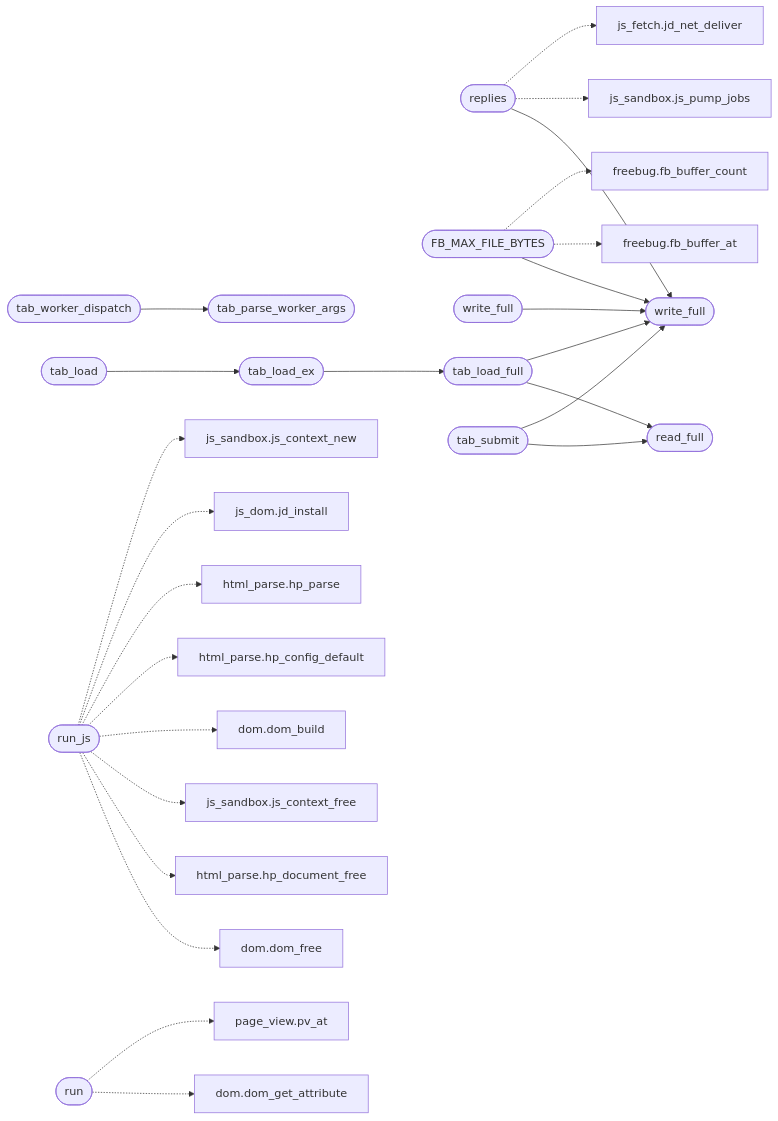
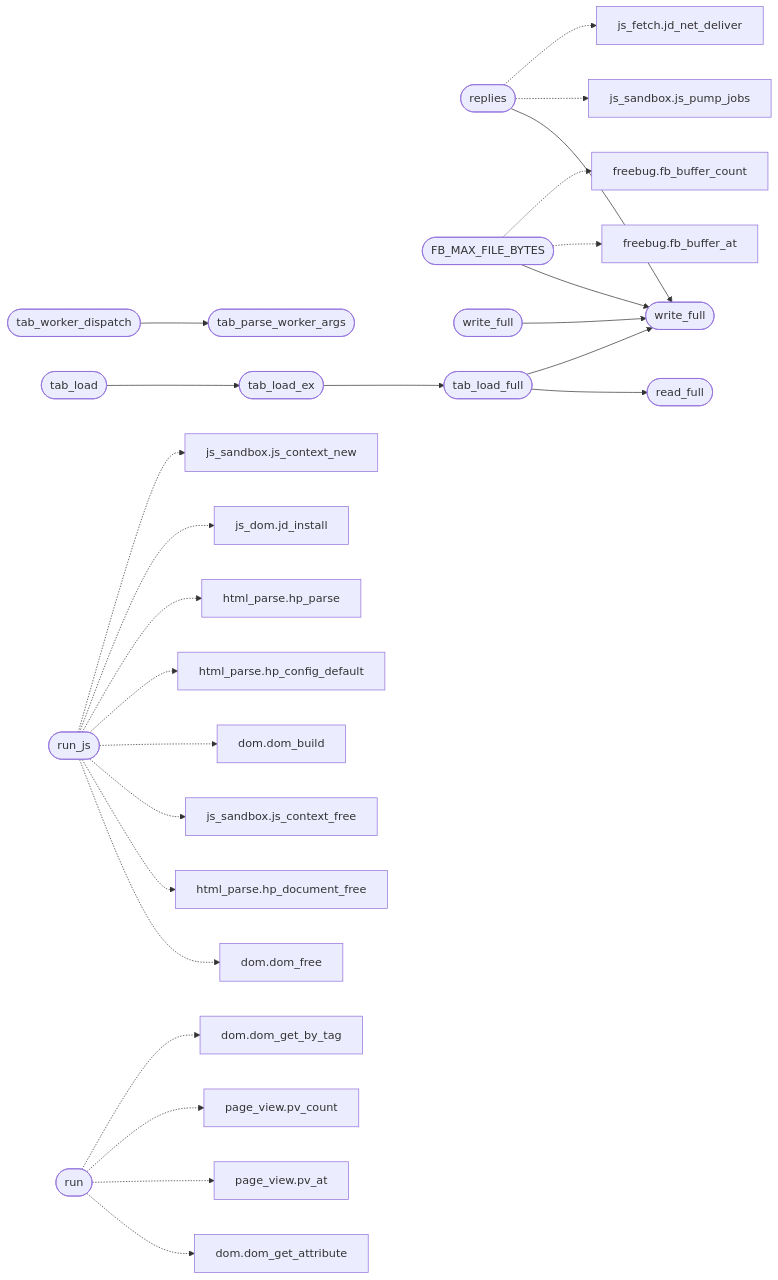
The second of 2 diagrams in readmenator-apidocs/modules/src.tab.c.md (grisuno/FreeDom), drawn with Mermaid before and after one commit. The commit also changed other lines of this file and 301 other files, not shown here.

````diff
--- a/readmenator-apidocs/modules/src.tab.c.md
+++ b/readmenator-apidocs/modules/src.tab.c.md
@@ -38,54 +38,55 @@
 ```mermaid
 flowchart LR
     n_src_tab_c__replies(["replies"])
     n_src_tab_c__write_full(["write_full"])
     n_src_tab_c__FB_MAX_FILE_BYTES(["FB_MAX_FILE_BYTES"])
-    n_src_tab_c__write_full_1839(["write_full"])
+    n_src_tab_c__write_full_1846(["write_full"])
     n_src_tab_c__tab_worker_dispatch(["tab_worker_dispatch"])
     n_src_tab_c__tab_parse_worker_args(["tab_parse_worker_args"])
     n_src_tab_c__tab_load(["tab_load"])
     n_src_tab_c__tab_load_ex(["tab_load_ex"])
     n_src_tab_c__tab_load_full(["tab_load_full"])
     n_src_tab_c__read_full(["read_full"])
-    n_src_tab_c__tab_submit(["tab_submit"])
     n_include_js_sandbox_h__js_pump_jobs["js_sandbox.js_pump_jobs"]
     n_src_js_fetch_c__jd_net_deliver["js_fetch.jd_net_deliver"]
     n_src_tab_c__run_js(["run_js"])
     n_include_dom_h__dom_free["dom.dom_free"]
     n_include_html_parse_h__hp_document_free["html_parse.hp_document_free"]
     n_include_js_sandbox_h__js_context_free["js_sandbox.js_context_free"]
     n_src_dom_c__dom_build["dom.dom_build"]
     n_src_html_parse_c__hp_config_default["html_parse.hp_config_default"]
     n_src_html_parse_c__hp_parse["html_parse.hp_parse"]
     n_src_js_dom_c__jd_install["js_dom.jd_install"]
     n_src_js_sandbox_c__js_context_new["js_sandbox.js_context_new"]
     n_include_freebug_h__fb_buffer_at["freebug.fb_buffer_at"]
     n_include_freebug_h__fb_buffer_count["freebug.fb_buffer_count"]
     n_src_tab_c__run(["run"])
     n_include_dom_h__dom_get_attribute["dom.dom_get_attribute"]
     n_include_page_view_h__pv_at["page_view.pv_at"]
+    n_include_page_view_h__pv_count["page_view.pv_count"]
+    n_src_dom_c__dom_get_by_tag["dom.dom_get_by_tag"]
     n_src_tab_c__replies --> n_src_tab_c__write_full
     n_src_tab_c__FB_MAX_FILE_BYTES --> n_src_tab_c__write_full
-    n_src_tab_c__write_full_1839 --> n_src_tab_c__write_full
+    n_src_tab_c__write_full_1846 --> n_src_tab_c__write_full
     n_src_tab_c__tab_worker_dispatch --> n_src_tab_c__tab_parse_worker_args
     n_src_tab_c__tab_load --> n_src_tab_c__tab_load_ex
     n_src_tab_c__tab_load_ex --> n_src_tab_c__tab_load_full
     n_src_tab_c__tab_load_full --> n_src_tab_c__read_full
     n_src_tab_c__tab_load_full --> n_src_tab_c__write_full
-    n_src_tab_c__tab_submit --> n_src_tab_c__read_full
-    n_src_tab_c__tab_submit --> n_src_tab_c__write_full
     n_src_tab_c__replies -.-> n_include_js_sandbox_h__js_pump_jobs
     n_src_tab_c__replies -.-> n_src_js_fetch_c__jd_net_deliver
     n_src_tab_c__run_js -.-> n_include_dom_h__dom_free
     n_src_tab_c__run_js -.-> n_include_html_parse_h__hp_document_free
     n_src_tab_c__run_js -.-> n_include_js_sandbox_h__js_context_free
     n_src_tab_c__run_js -.-> n_src_dom_c__dom_build
     n_src_tab_c__run_js -.-> n_src_html_parse_c__hp_config_default
     n_src_tab_c__run_js -.-> n_src_html_parse_c__hp_parse
     n_src_tab_c__run_js -.-> n_src_js_dom_c__jd_install
     n_src_tab_c__run_js -.-> n_src_js_sandbox_c__js_context_new
     n_src_tab_c__FB_MAX_FILE_BYTES -.-> n_include_freebug_h__fb_buffer_at
     n_src_tab_c__FB_MAX_FILE_BYTES -.-> n_include_freebug_h__fb_buffer_count
     n_src_tab_c__run -.-> n_include_dom_h__dom_get_attribute
     n_src_tab_c__run -.-> n_include_page_view_h__pv_at
+    n_src_tab_c__run -.-> n_include_page_view_h__pv_count
+    n_src_tab_c__run -.-> n_src_dom_c__dom_get_by_tag
 ```
````
